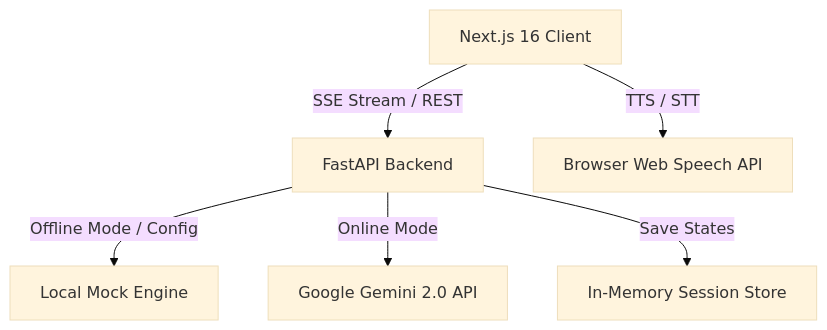
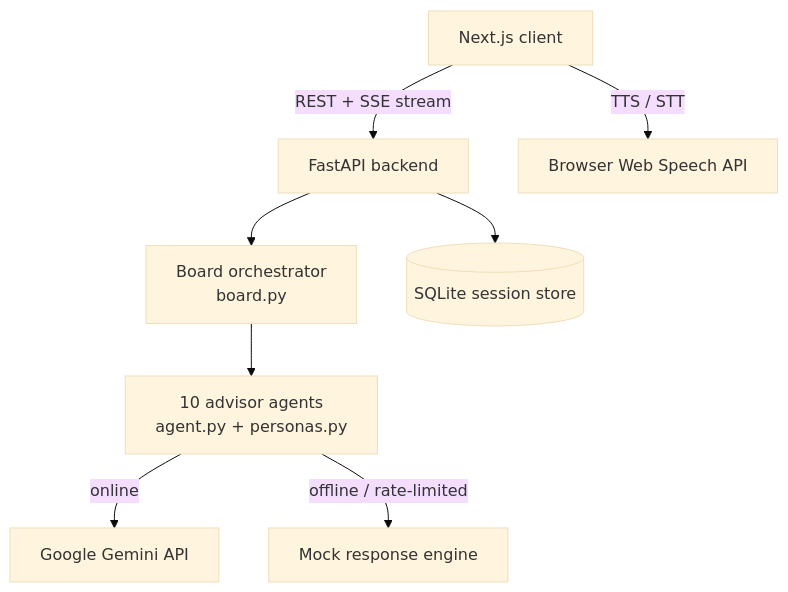
Before and after one commit to Bhanoday777/FounderOS: the diagram in README.md, drawn with Mermaid (base theme). The commit also changed other lines of this file, not shown here.

````diff
--- a/README.md
+++ b/README.md
@@ -21,8 +33,10 @@
 ```mermaid
 graph TD
-    A[Next.js 16 Client] -->|SSE Stream / REST| B[FastAPI Backend]
-    B -->|Offline Mode / Config| C[Local Mock Engine]
-    B -->|Online Mode| D[Google Gemini 2.0 API]
-    B -->|Save States| E[In-Memory Session Store]
-    A -->|TTS / STT| F[Browser Web Speech API]
+    A[Next.js client] -->|REST + SSE stream| B[FastAPI backend]
+    B --> C[Board orchestrator<br/>board.py]
+    C --> D[10 advisor agents<br/>agent.py + personas.py]
+    D -->|online| E[Google Gemini API]
+    D -->|offline / rate-limited| F[Mock response engine]
+    B --> G[(SQLite session store)]
+    A -->|TTS / STT| H[Browser Web Speech API]
 ```
````
